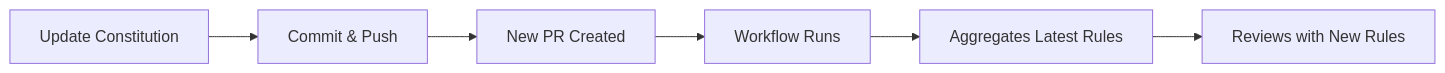
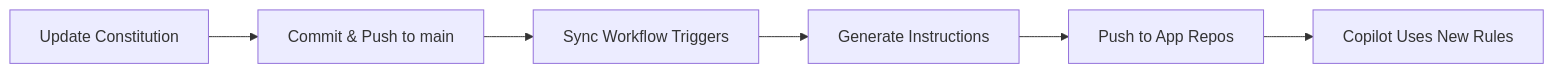
One commit to angusmccloud/inventory-management-context changed the third of 3 diagrams in docs/COPILOT-PR-REVIEW.md. Above: the diagram before and after it, drawn with Mermaid. The commit also changed other lines of this file and 7 other files, not shown here.

````diff
--- a/docs/COPILOT-PR-REVIEW.md
+++ b/docs/COPILOT-PR-REVIEW.md
@@ -454,8 +354,8 @@
 ```mermaid
 graph LR
-    A[Update Constitution] --> B[Commit & Push]
-    B --> C[New PR Created]
-    C --> D[Workflow Runs]
-    D --> E[Aggregates Latest Rules]
-    E --> F[Reviews with New Rules]
+    A[Update Constitution] --> B[Commit & Push to main]
+    B --> C[Sync Workflow Triggers]
+    C --> D[Generate Instructions]
+    D --> E[Push to App Repos]
+    E --> F[Copilot Uses New Rules]
 ```
````
